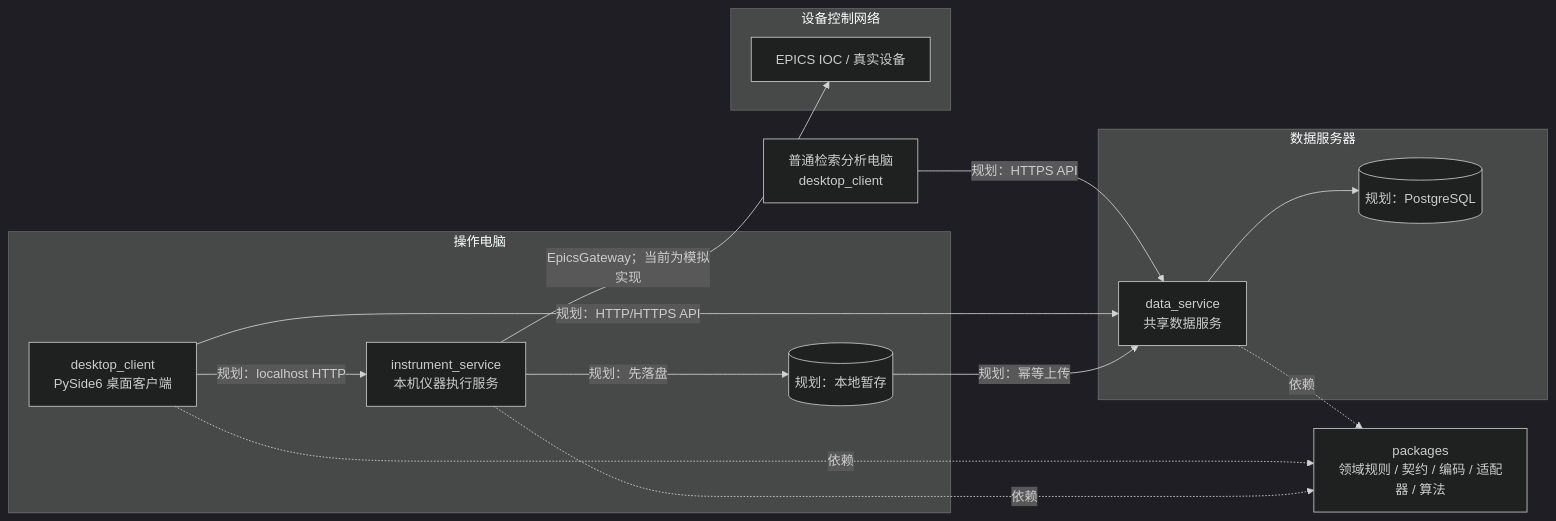
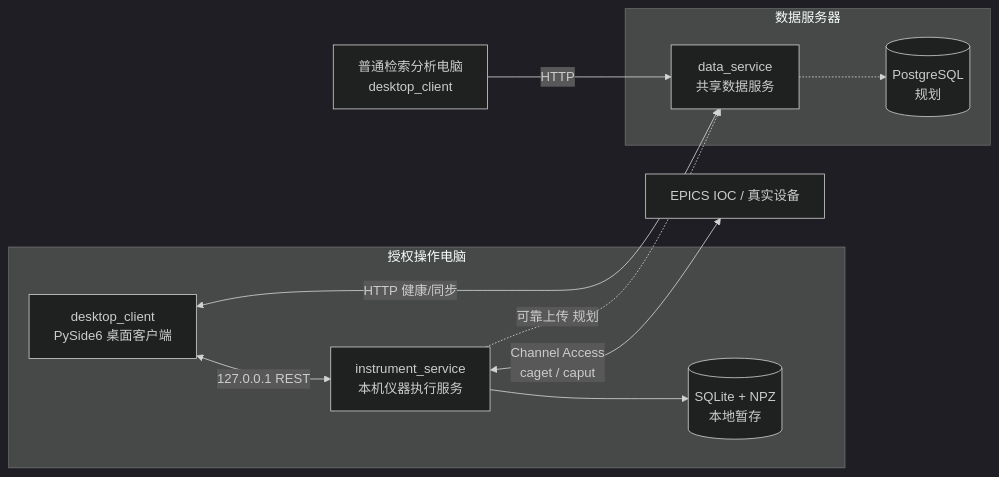
Before and after one commit to lujiachuan/BCSAP: the diagram in README.md, drawn with Mermaid (dark theme). The commit also changed other lines of this file and 21 other files, not shown here.

````diff
--- a/README.md
+++ b/README.md
@@ -35,30 +37,23 @@
 ```mermaid
 flowchart LR
-    subgraph Operator[操作电脑]
+    subgraph Operator[授权操作电脑]
         UI[desktop_client<br/>PySide6 桌面客户端]
         IS[instrument_service<br/>本机仪器执行服务]
-        Cache[(规划：本地暂存)]
-        UI -->|规划：localhost HTTP| IS
-        IS -->|规划：先落盘| Cache
+        SPOOL[(SQLite + NPZ<br/>本地暂存)]
+        UI <-->|127.0.0.1 REST| IS
+        IS --> SPOOL
     end
 
-    subgraph Device[设备控制网络]
-        IOC[EPICS IOC / 真实设备]
-    end
+    IOC[EPICS IOC / 真实设备]
+    IS <-->|Channel Access<br/>caget / caput| IOC
 
     subgraph Server[数据服务器]
         DS[data_service<br/>共享数据服务]
-        DB[(规划：PostgreSQL)]
-        DS --> DB
+        DB[(PostgreSQL<br/>规划)]
+        DS -.-> DB
     end
 
-    Client[普通检索分析电脑<br/>desktop_client] -->|规划：HTTPS API| DS
-    UI -->|规划：HTTP/HTTPS API| DS
-    Cache -->|规划：幂等上传| DS
-    IS -->|EpicsGateway；当前为模拟实现| IOC
-
-    Shared[packages<br/>领域规则 / 契约 / 编码 / 适配器 / 算法]
-    UI -.依赖.-> Shared
-    IS -.依赖.-> Shared
-    DS -.依赖.-> Shared
+    Client[普通检索分析电脑<br/>desktop_client] -->|HTTP| DS
+    UI <-->|HTTP 健康/同步| DS
+    IS -.->|可靠上传 规划| DS
 ```
````
